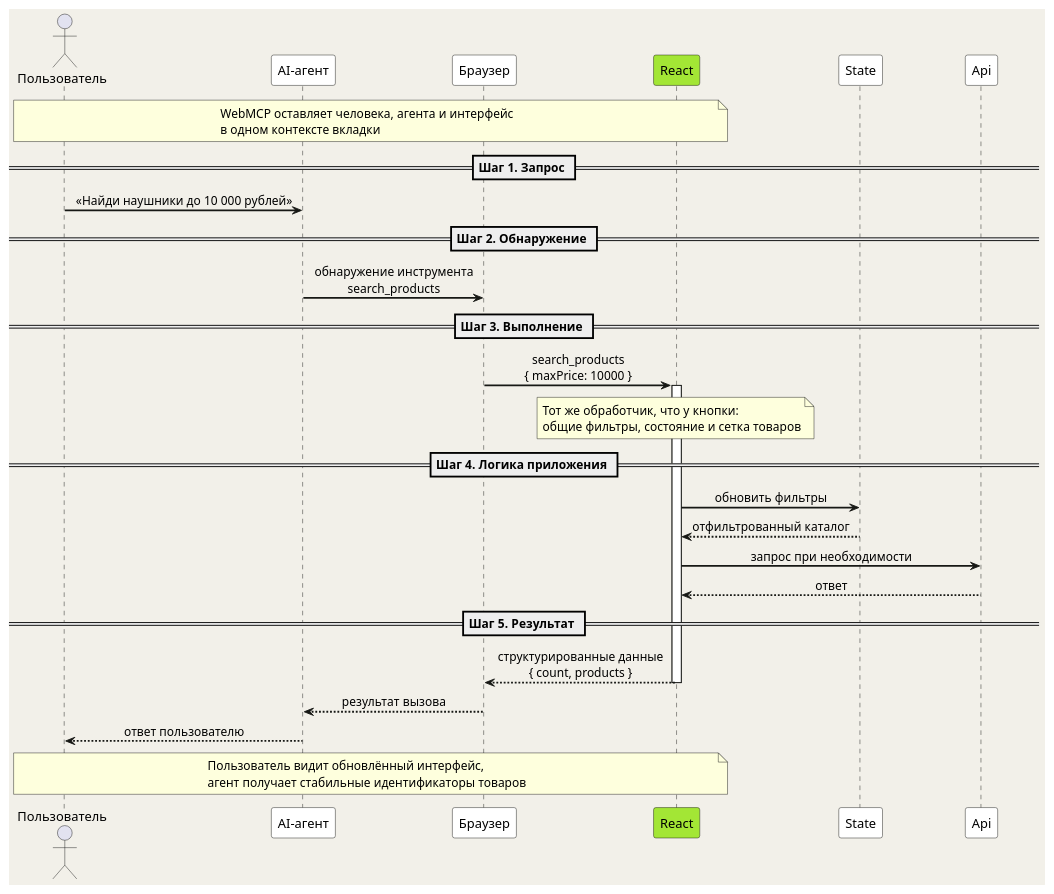
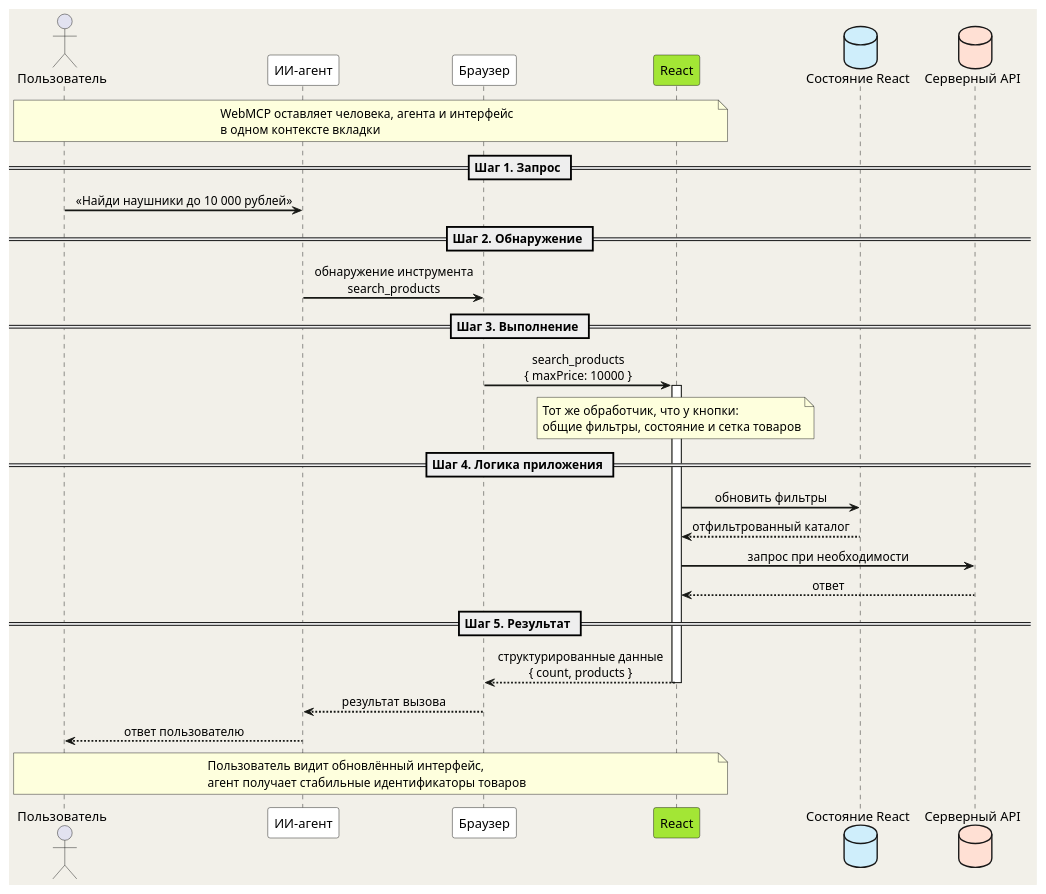
Before and after one commit to DaemonSharps/article-web-mcp-site-example: the diagram in webmcp-flow.puml, drawn with PlantUML.

Commit message:
Fix PlantUML flow diagram

```diff
--- a/webmcp-flow.puml
+++ b/webmcp-flow.puml
@@ -1,51 +1,53 @@
 @startuml webmcp-flow
 skinparam backgroundColor #f2f0e9
 skinparam sequence {
     MessageAlign center
     MaxMessageSize 240
     ParticipantPadding 40
     BoxPadding 12
     ArrowColor #171815
     ArrowThickness 2
     LifeLineBorderColor #171815
     LifeLineBackgroundColor #ffffff
     ParticipantBorderColor #171815
     ParticipantBackgroundColor #ffffff
 }
 
 actor "Пользователь" as User
-participant "AI-агент" as Agent
+participant "ИИ-агент" as Agent
 participant "Браузер" as Browser
 participant "React" as React #a3e635
+database "Состояние React" as State #cfeefb
+database "Серверный API" as Api #ffe0d4
 
 note over User, React
   WebMCP оставляет человека, агента и интерфейс
   в одном контексте вкладки
 end note
 
 == Шаг 1. Запрос ==
 User -> Agent: «Найди наушники до 10 000 рублей»
 == Шаг 2. Обнаружение ==
 Agent -> Browser: обнаружение инструмента\nsearch_products
 == Шаг 3. Выполнение ==
 Browser -> React: search_products\n{ maxPrice: 10000 }
 activate React
 note over React
   Тот же обработчик, что у кнопки:
   общие фильтры, состояние и сетка товаров
 end note
 == Шаг 4. Логика приложения ==
 React -> State: обновить фильтры
 State --> React: отфильтрованный каталог
 React -> Api: запрос при необходимости
 Api --> React: ответ
 == Шаг 5. Результат ==
 React --> Browser: структурированные данные\n{ count, products }
 deactivate React
 Browser --> Agent: результат вызова
 Agent --> User: ответ пользователю
 note over User, React
   Пользователь видит обновлённый интерфейс,
   агент получает стабильные идентификаторы товаров
 end note
 @enduml
```
